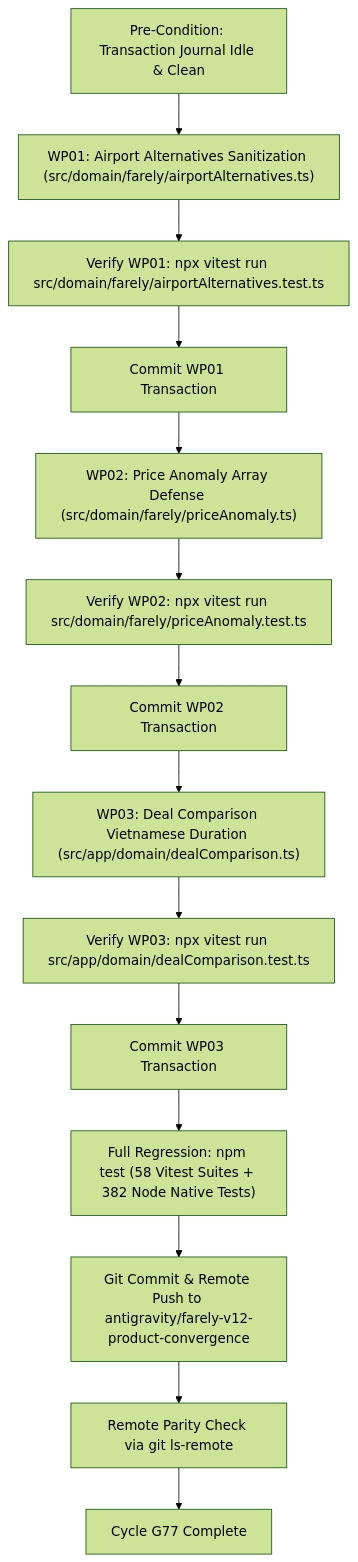
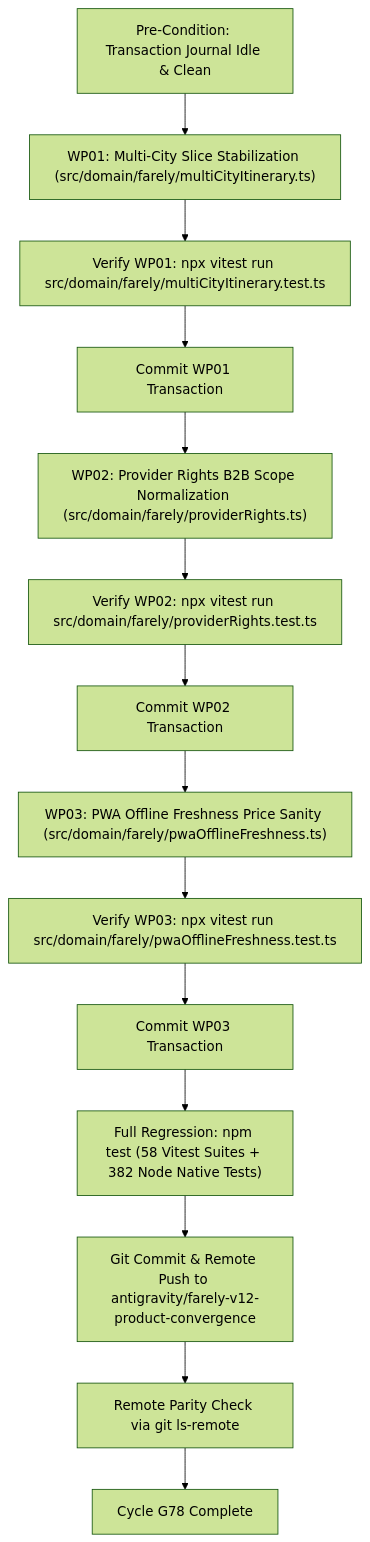
The diagram in docs/convergence/g11/G4_FULL_MASTER_GOAL.md (manhtx/Sanvemaybay), drawn with Mermaid (forest theme) before and after one commit. The commit also changed other lines of this file and 20 other files, not shown here.

Commit message:
feat(convergence): cycle G78 - multi-city slice stabilization, provider rights b2b scope dedup, pwa offline price sanity

````diff
--- a/docs/convergence/g11/G4_FULL_MASTER_GOAL.md
+++ b/docs/convergence/g11/G4_FULL_MASTER_GOAL.md
@@ -118,19 +118,19 @@
 ```mermaid
 flowchart TD
-  PRE["Pre-Condition: Transaction Journal Idle & Clean"] --> WP01["WP01: Airport Alternatives Sanitization (src/domain/farely/airportAlternatives.ts)"]
-  WP01 --> V01["Verify WP01: npx vitest run src/domain/farely/airportAlternatives.test.ts"]
+  PRE["Pre-Condition: Transaction Journal Idle & Clean"] --> WP01["WP01: Multi-City Slice Stabilization (src/domain/farely/multiCityItinerary.ts)"]
+  WP01 --> V01["Verify WP01: npx vitest run src/domain/farely/multiCityItinerary.test.ts"]
   V01 --> C01["Commit WP01 Transaction"]
   
-  C01 --> WP02["WP02: Price Anomaly Array Defense (src/domain/farely/priceAnomaly.ts)"]
-  WP02 --> V02["Verify WP02: npx vitest run src/domain/farely/priceAnomaly.test.ts"]
+  C01 --> WP02["WP02: Provider Rights B2B Scope Normalization (src/domain/farely/providerRights.ts)"]
+  WP02 --> V02["Verify WP02: npx vitest run src/domain/farely/providerRights.test.ts"]
   V02 --> C02["Commit WP02 Transaction"]
   
-  C02 --> WP03["WP03: Deal Comparison Vietnamese Duration (src/app/domain/dealComparison.ts)"]
-  WP03 --> V03["Verify WP03: npx vitest run src/app/domain/dealComparison.test.ts"]
+  C02 --> WP03["WP03: PWA Offline Freshness Price Sanity (src/domain/farely/pwaOfflineFreshness.ts)"]
+  WP03 --> V03["Verify WP03: npx vitest run src/domain/farely/pwaOfflineFreshness.test.ts"]
   V03 --> C03["Commit WP03 Transaction"]
   
   C03 --> FULL_REG["Full Regression: npm test (58 Vitest Suites + 382 Node Native Tests)"]
   FULL_REG --> GIT_PUSH["Git Commit & Remote Push to antigravity/farely-v12-product-convergence"]
   GIT_PUSH --> PARITY["Remote Parity Check via git ls-remote"]
-  PARITY --> DONE["Cycle G77 Complete"]
+  PARITY --> DONE["Cycle G78 Complete"]
 ```
````
